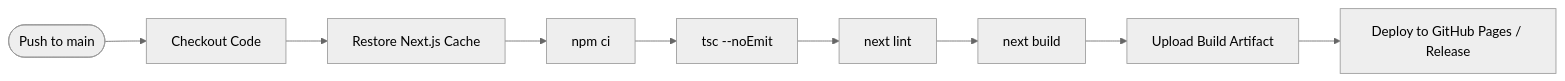
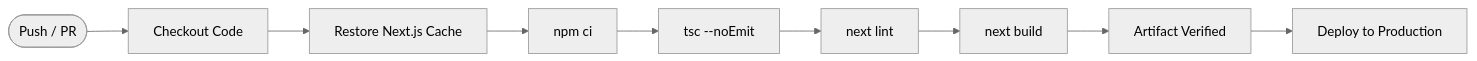
One commit to 01aptx01/Portfolio-Website changed the diagram in README.md. Above: the diagram before and after it, drawn with Mermaid (neutral theme). The commit also changed other lines of this file and 12 other files, not shown here.

````diff
--- a/README.md
+++ b/README.md
@@ -269,11 +232,11 @@
 ```mermaid
 graph LR
-    Push([Push to main]) --> Checkout[Checkout Code]
+    Push([Push / PR]) --> Checkout[Checkout Code]
     Checkout --> Cache[Restore Next.js Cache]
     Cache --> Install[npm ci]
     Install --> TypeCheck[tsc --noEmit]
     TypeCheck --> Lint[next lint]
     Lint --> Build[next build]
-    Build --> Artifact[Upload Build Artifact]
-    Artifact --> Deploy[Deploy to GitHub Pages / Release]
+    Build --> Artifact[Artifact Verified]
+    Artifact --> Deploy[Deploy to Production]
 ```
````
